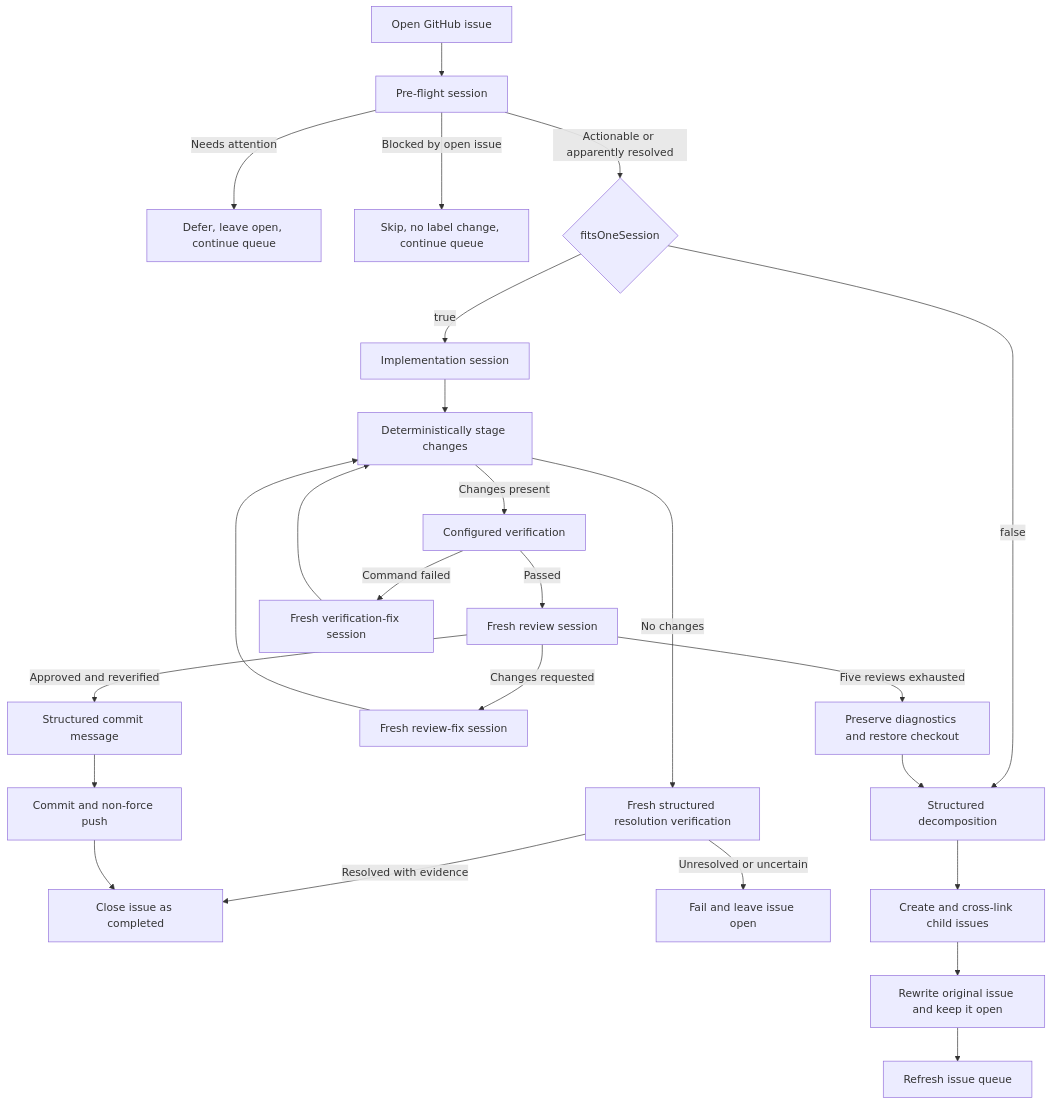
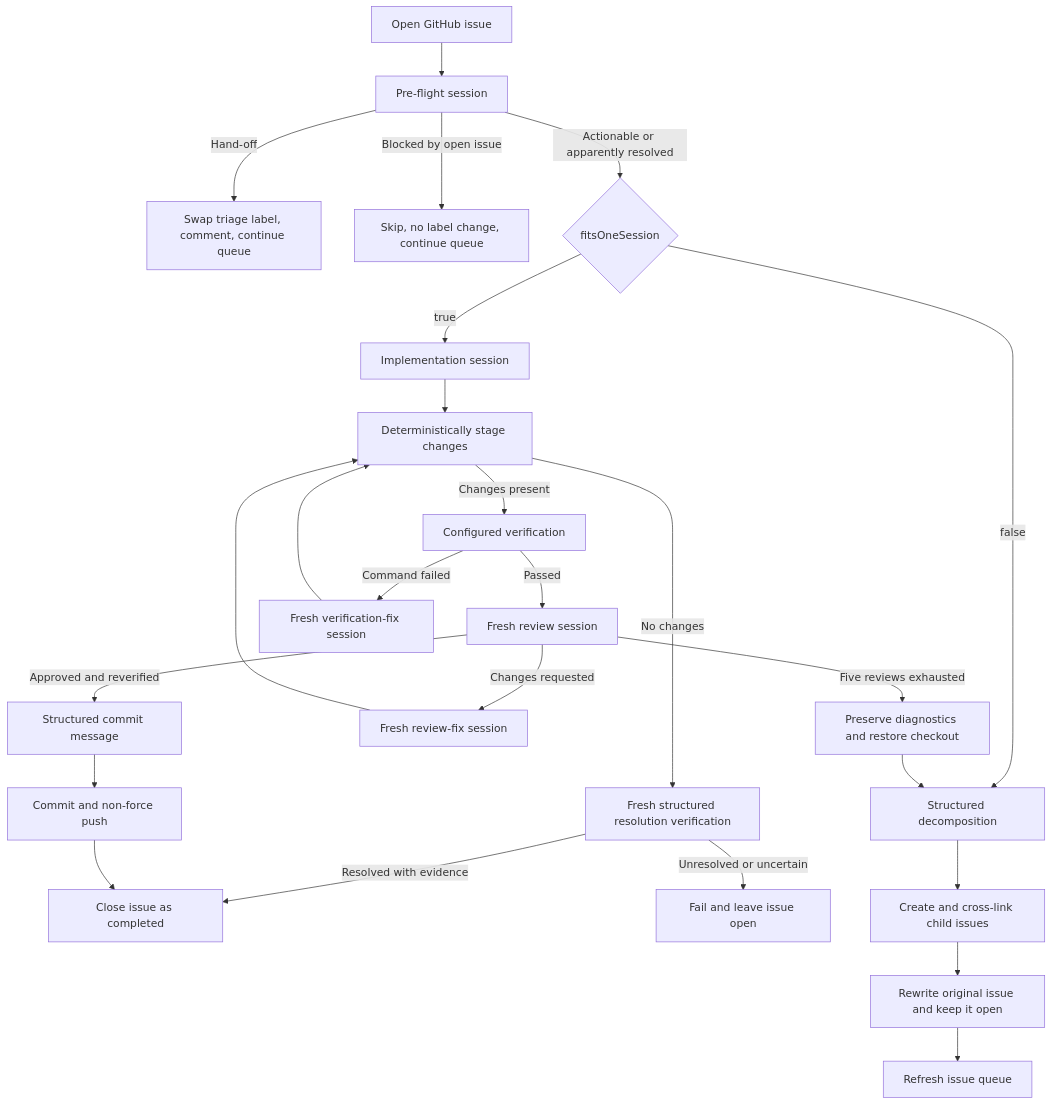
The first of 3 diagrams in docs/workflows.md (beremaran/ralphie), drawn with Mermaid before and after one commit. The commit also changed other lines of this file and 45 other files, not shown here.

First line of the commit message:
Replace needs-attention outcomes with always-on hand-offs

````diff
--- a/docs/workflows.md
+++ b/docs/workflows.md
@@ -40,27 +41,27 @@
 ```mermaid
 flowchart TD
     A[Open GitHub issue] --> Z[Pre-flight session]
-    Z -->|Needs attention| Y[Defer, leave open, continue queue]
+    Z -->|Hand-off| Y[Swap triage label, comment, continue queue]
     Z -->|Blocked by open issue| W[Skip, no label change, continue queue]
     Z -->|Actionable or apparently resolved| B{fitsOneSession}
     B -->|true| C[Implementation session]
     C --> D[Deterministically stage changes]
     D -->|Changes present| V[Configured verification]
     V -->|Passed| E[Fresh review session]
     V -->|Command failed| R[Fresh verification-fix session]
     R --> D
     D -->|No changes| N[Fresh structured resolution verification]
     N -->|Resolved with evidence| O[Close issue as completed]
     N -->|Unresolved or uncertain| P[Fail and leave issue open]
     E -->|Approved and reverified| F[Structured commit message]
     E -->|Changes requested| G[Fresh review-fix session]
     G --> D
     E -->|Five reviews exhausted| H[Preserve diagnostics and restore checkout]
     B -->|false| I[Structured decomposition]
     H --> I
     I --> J[Create and cross-link child issues]
     J --> K[Rewrite original issue and keep it open]
     K --> L[Refresh issue queue]
     F --> M[Commit and non-force push]
     M --> O
 ```
````
